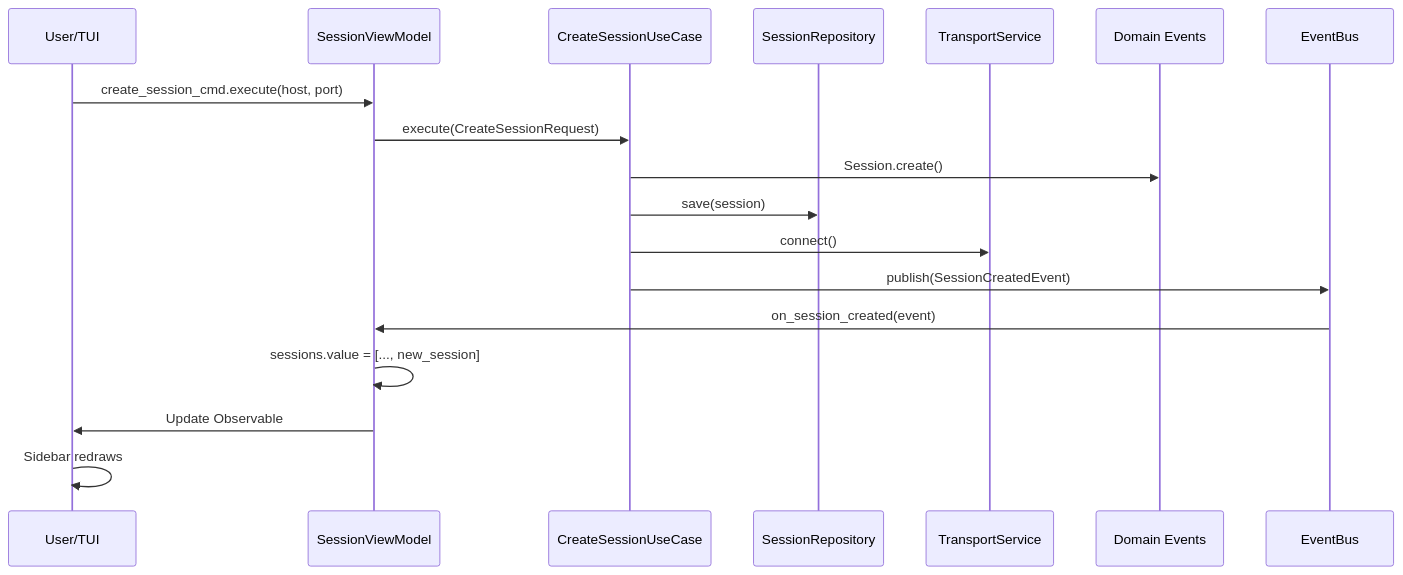
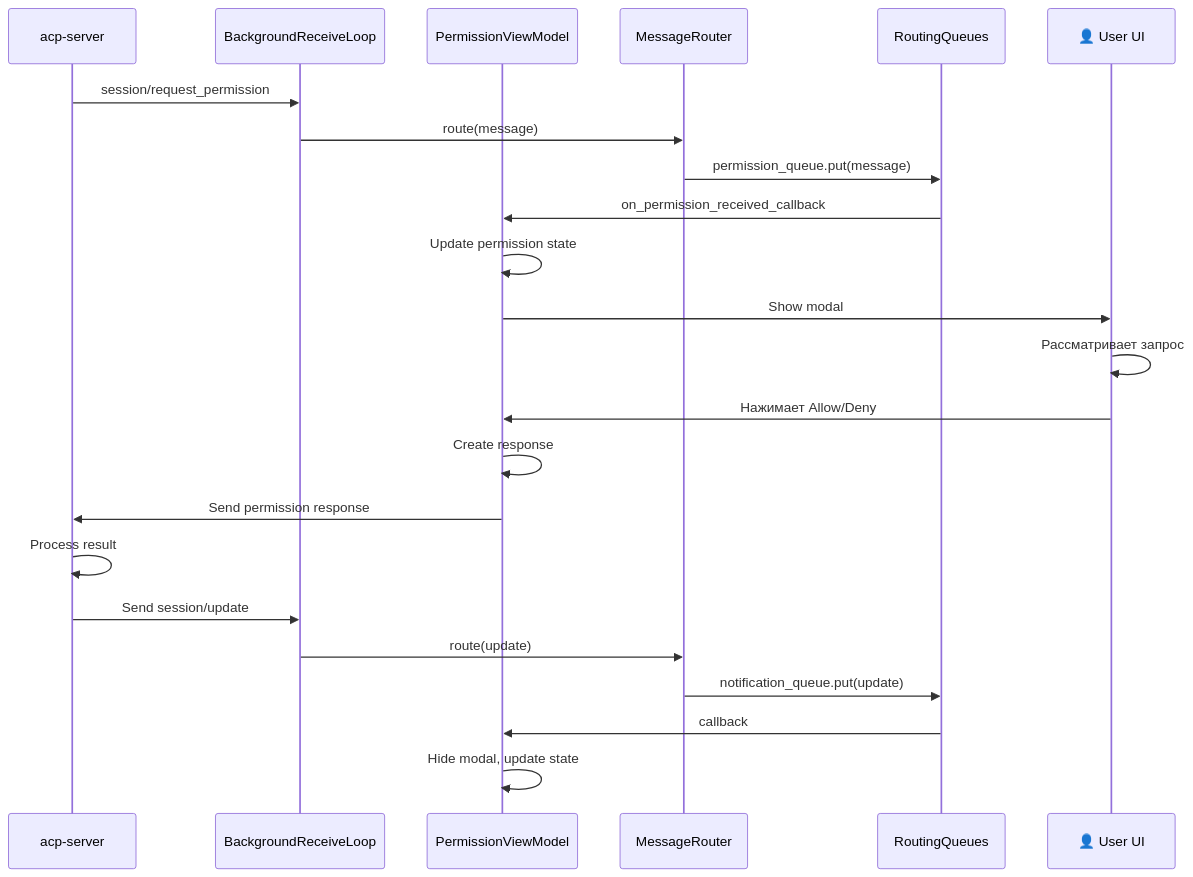
One commit to pese-git/acp-workspace changed the fourth of 5 diagrams in acp-client/docs/developer-guide/ARCHITECTURE.md. Above: the diagram before and after it, drawn with Mermaid. The commit also changed other lines of this file and 3 other files, not shown here.

````diff
--- a/acp-client/docs/developer-guide/ARCHITECTURE.md
+++ b/acp-client/docs/developer-guide/ARCHITECTURE.md
@@ -2047,21 +536,29 @@
 ```mermaid
 sequenceDiagram
-    participant User as User/TUI
-    participant VM as SessionViewModel
-    participant UC as CreateSessionUseCase
-    participant Repo as SessionRepository
-    participant Transport as TransportService
-    participant Domain as Domain Events
-    participant Bus as EventBus
+    participant Server as acp-server
+    participant BgLoop as BackgroundReceiveLoop
+    participant PermVM as PermissionViewModel
+    participant Router as MessageRouter
+    participant Queues as RoutingQueues
+    participant User as 👤 User UI
+
+    Server->>BgLoop: session/request_permission
+    BgLoop->>Router: route(message)
+    Router->>Queues: permission_queue.put(message)
     
-    User->>VM: create_session_cmd.execute(host, port)
-    VM->>UC: execute(CreateSessionRequest)
-    UC->>Domain: Session.create()
-    UC->>Repo: save(session)
-    UC->>Transport: connect()
-    UC->>Bus: publish(SessionCreatedEvent)
-    Bus->>VM: on_session_created(event)
-    VM->>VM: sessions.value = [..., new_session]
-    VM->>User: Update Observable
-    User->>User: Sidebar redraws
+    Queues->>PermVM: on_permission_received_callback
+    PermVM->>PermVM: Update permission state
+    PermVM->>User: Show modal
+    
+    User->>User: Рассматривает запрос
+    User->>PermVM: Нажимает Allow/Deny
+    
+    PermVM->>PermVM: Create response
+    PermVM->>Server: Send permission response
+    Server->>Server: Process result
+    Server->>BgLoop: Send session/update
+    BgLoop->>Router: route(update)
+    Router->>Queues: notification_queue.put(update)
+    Queues->>PermVM: callback
+    PermVM->>PermVM: Hide modal, update state
 ```
````
